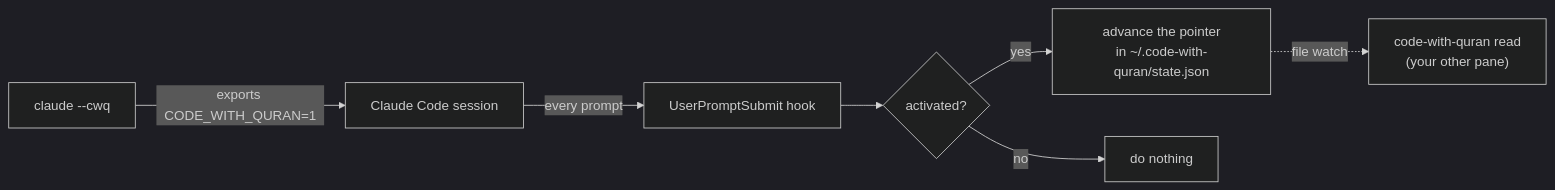
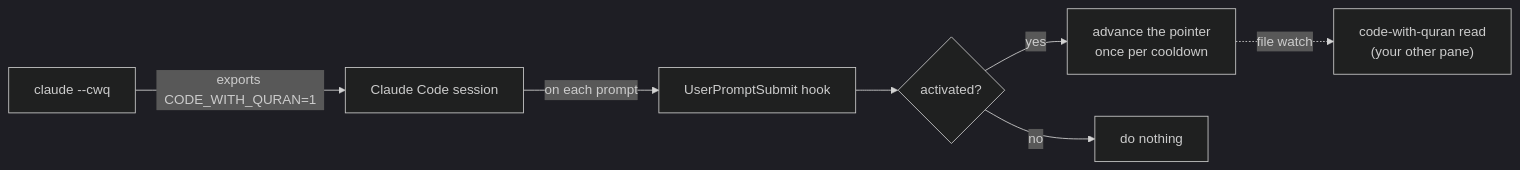
Before and after one commit to bahni-m/code-with-quran: the diagram in README.md, drawn with Mermaid (dark theme). The commit also changed other lines of this file, not shown here.

````diff
--- a/README.md
+++ b/README.md
@@ -71,9 +72,9 @@
 ```mermaid
 flowchart LR
     A["claude --cwq"] -->|exports CODE_WITH_QURAN=1| B[Claude Code session]
-    B -->|every prompt| C[UserPromptSubmit hook]
+    B -->|on each prompt| C[UserPromptSubmit hook]
     C --> D{activated?}
-    D -->|yes| E[advance the pointer<br/>in ~/.code-with-quran/state.json]
+    D -->|yes| E[advance the pointer<br/>once per cooldown]
     D -->|no| F[do nothing]
     E -.->|file watch| G["code-with-quran read<br/>(your other pane)"]
 ```
````
